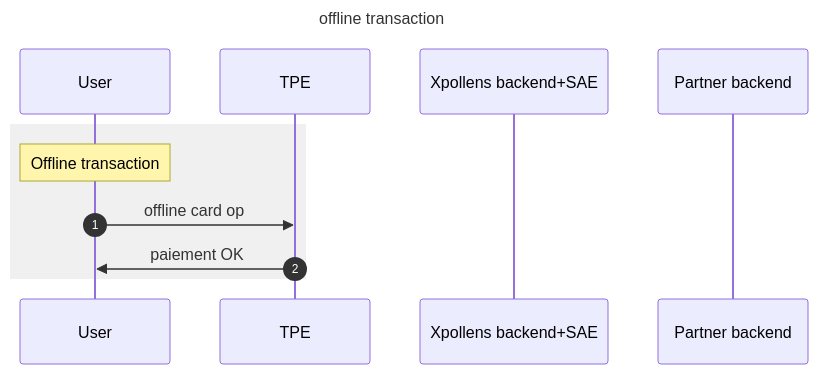
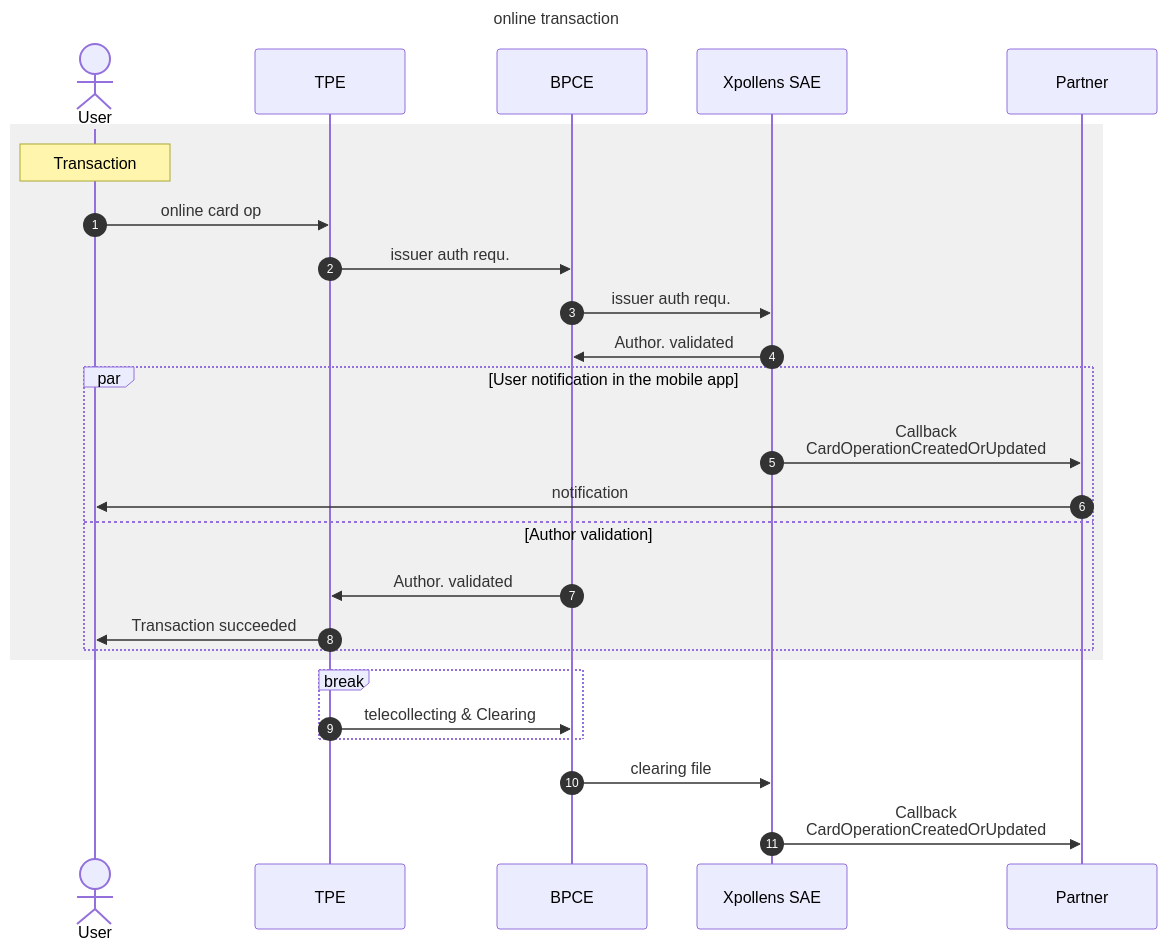
Before and after one commit to pomme-clic/s-money-documentation: the second of 3 diagrams in docs/usecases/cards/operations/CardsOperations.md, drawn with Mermaid. The commit also changed other lines of this file, not shown here.

````diff
--- a/docs/usecases/cards/operations/CardsOperations.md
+++ b/docs/usecases/cards/operations/CardsOperations.md
@@ -235,15 +50,31 @@
 ```mermaid
 sequenceDiagram
-title: offline transaction
+title: online transaction
 autonumber
-participant u as User
-participant t as TPE
-participant xb as Xpollens backend+SAE
-participant pb as Partner backend
+Actor User
+participant TPE
+participant BPCE
+participant Xpollens SAE
+participant Partner
 #participant ua as Partner application
 rect rgb(240,240, 240)
-		Note over u: Offline transaction
-		u ->> t: offline card op
-		t ->> u: paiement OK
+        Note over User: Transaction
+        User ->> TPE: online card op
+        TPE ->> BPCE: issuer auth requ.
+                BPCE ->> Xpollens SAE: issuer auth requ.
+                Xpollens SAE ->> BPCE: Author. validated
+                Par User notification in the mobile app
+                    Xpollens SAE ->> Partner:  Callback <br/>  CardOperationCreatedOrUpdated
+                    Partner ->> User: notification
+                and Author validation
+                    BPCE ->> TPE: Author. validated
+                    TPE ->> User: Transaction succeeded
+                end
 end
+
+break
+    TPE ->> BPCE: telecollecting & Clearing
+end
+BPCE ->> Xpollens SAE: clearing file
+Xpollens SAE ->> Partner:  Callback <br/>  CardOperationCreatedOrUpdated
 ```
````
